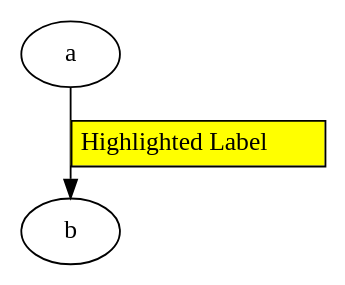
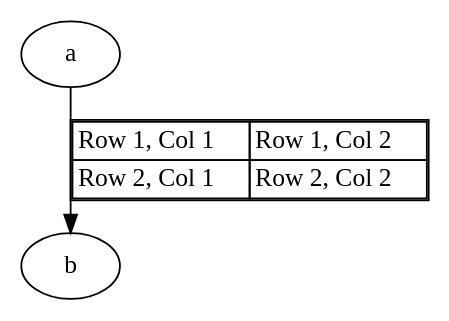
The third of 3 diagrams in docs/edge/Label.md (jamisonjiang/graph-support), drawn with Graphviz before and after one commit. The commit also changed other lines of this file and 19 other files, not shown here.

````diff
--- a/docs/edge/Label.md
+++ b/docs/edge/Label.md
@@ -174,9 +83,10 @@
 ```dot
 digraph G {
     a -> b [label=<
-        <TABLE BORDER="0" CELLBORDER="1" CELLSPACING="0" CELLPADDING="4" BGCOLOR="yellow">
-            <TR><TD>Highlighted Label</TD></TR>
+        <TABLE BORDER="1" CELLBORDER="1" CELLSPACING="0">
+            <TR><TD>Row 1, Col 1</TD><TD>Row 1, Col 2</TD></TR>
+            <TR><TD>Row 2, Col 1</TD><TD>Row 2, Col 2</TD></TR>
         </TABLE>
     >];
 }
 ```
````
